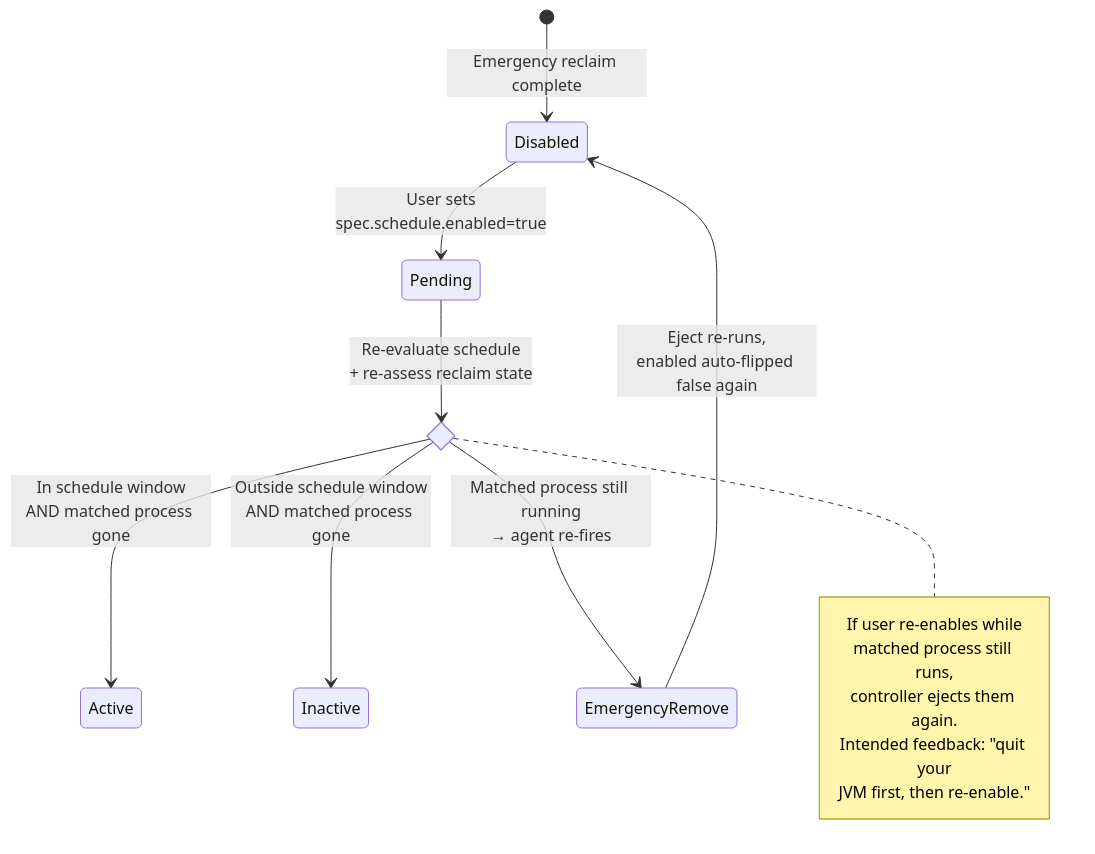
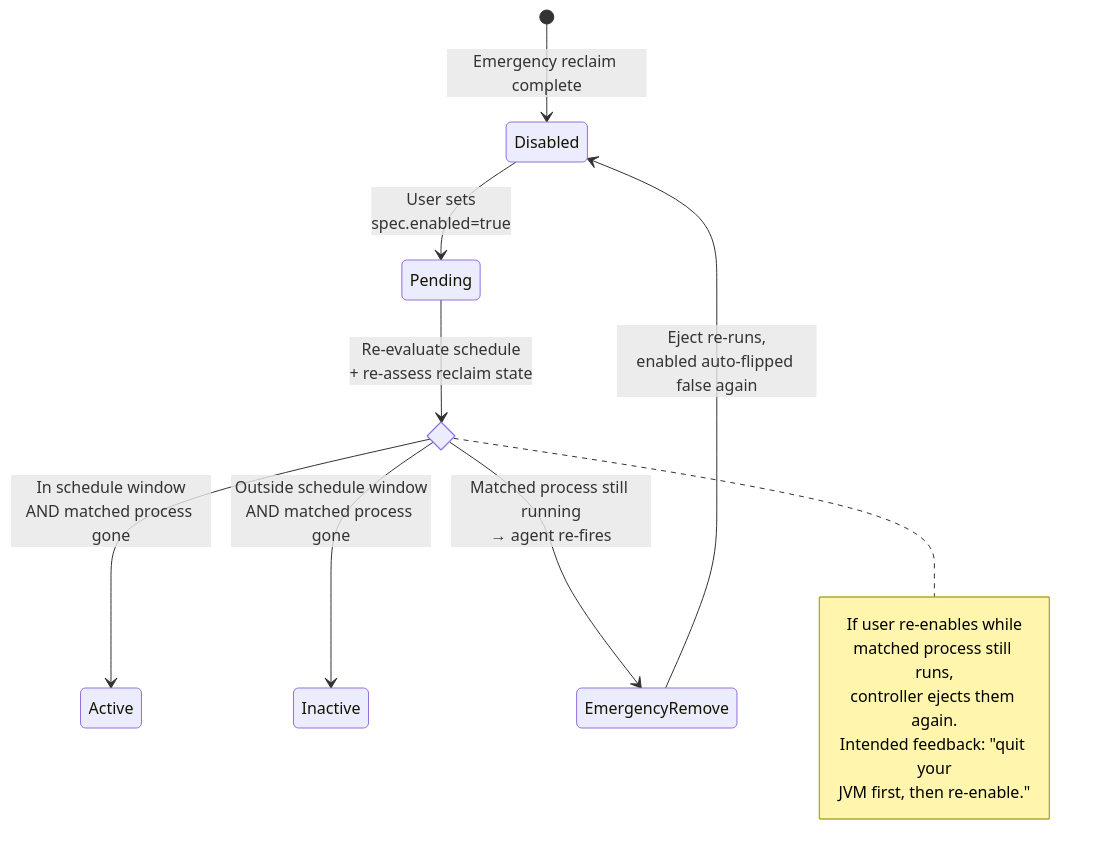
Before and after one commit to finos/5-spot: the fifth of 5 diagrams in docs/src/concepts/emergency-reclaim.md, drawn with Mermaid. The commit also changed other lines of this file and 72 other files, not shown here.

````diff
--- a/docs/src/concepts/emergency-reclaim.md
+++ b/docs/src/concepts/emergency-reclaim.md
@@ -322,23 +326,23 @@
 ```mermaid
 stateDiagram-v2
     [*] --> Disabled: Emergency reclaim complete
 
-    Disabled --> Pending: User sets<br/>spec.schedule.enabled=true
+    Disabled --> Pending: User sets<br/>spec.enabled=true
 
     state matched_check <<choice>>
     Pending --> matched_check: Re-evaluate schedule<br/>+ re-assess reclaim state
 
     matched_check --> Active: In schedule window<br/>AND matched process gone
     matched_check --> Inactive: Outside schedule window<br/>AND matched process gone
     matched_check --> EmergencyRemove: Matched process still running<br/>→ agent re-fires
 
     EmergencyRemove --> Disabled: Eject re-runs,<br/>enabled auto-flipped false again
 
     note right of matched_check
         If user re-enables while
         matched process still runs,
         controller ejects them again.
         Intended feedback: "quit your
         JVM first, then re-enable."
     end note
 ```
````
